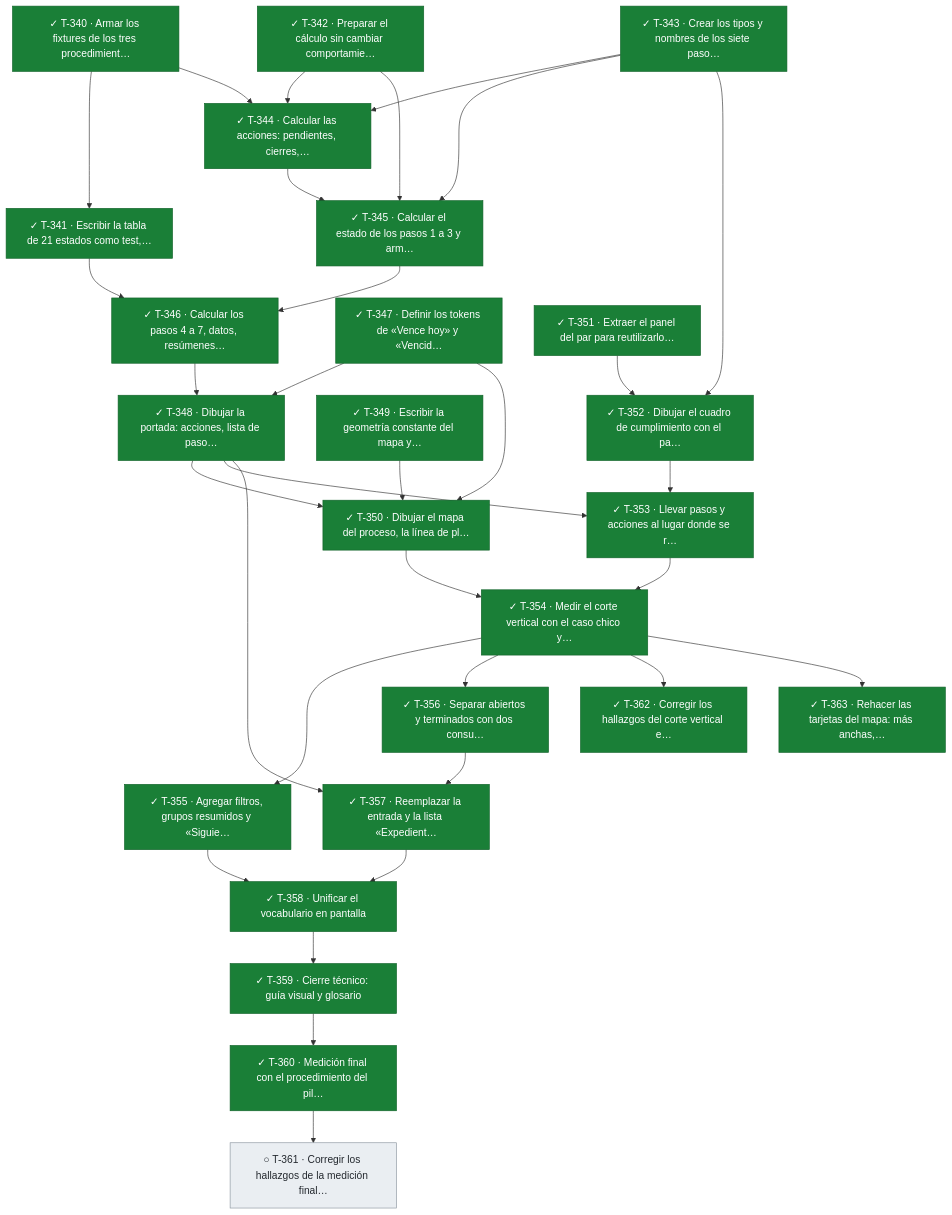
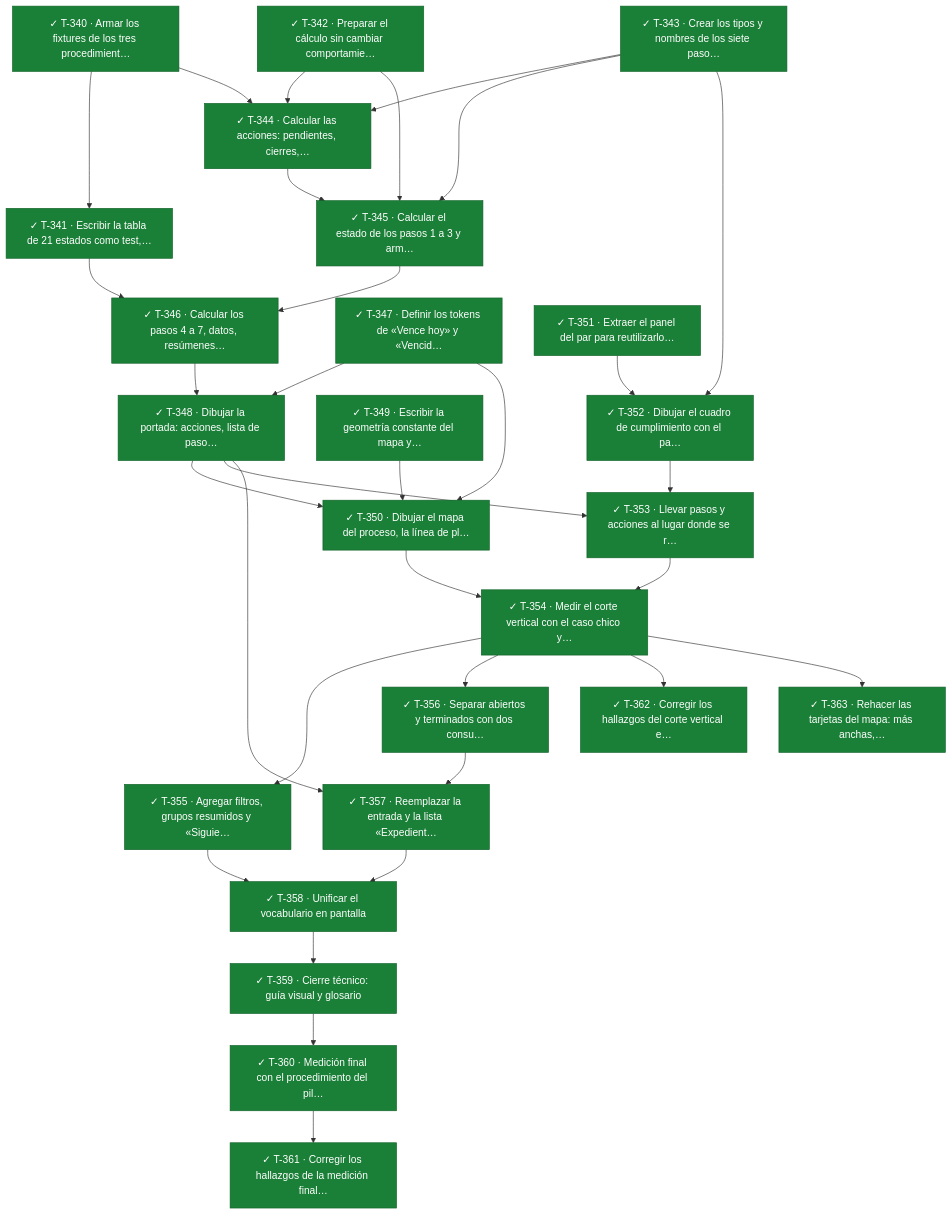
Before and after one commit to snavello/EVALUON: diagram 25 of 25 in docs/tablero.md, drawn with Mermaid. The commit also changed other lines of this file and 1 other file, not shown here.

Commit message:
gestión: T-361 terminada (correcciones de la medición final), tablero

````diff
--- a/docs/tablero.md
+++ b/docs/tablero.md
@@ -1924,63 +1924,63 @@
 ```mermaid
 flowchart TD
   T340["✓ T-340 · Armar los fixtures de los tres procedimient…"]:::done
   T341["✓ T-341 · Escribir la tabla de 21 estados como test,…"]:::done
   T342["✓ T-342 · Preparar el cálculo sin cambiar comportamie…"]:::done
   T343["✓ T-343 · Crear los tipos y nombres de los siete paso…"]:::done
   T344["✓ T-344 · Calcular las acciones: pendientes, cierres,…"]:::done
   T345["✓ T-345 · Calcular el estado de los pasos 1 a 3 y arm…"]:::done
   T346["✓ T-346 · Calcular los pasos 4 a 7, datos, resúmenes…"]:::done
   T347["✓ T-347 · Definir los tokens de «Vence hoy» y «Vencid…"]:::done
   T348["✓ T-348 · Dibujar la portada: acciones, lista de paso…"]:::done
   T349["✓ T-349 · Escribir la geometría constante del mapa y…"]:::done
   T350["✓ T-350 · Dibujar el mapa del proceso, la línea de pl…"]:::done
   T351["✓ T-351 · Extraer el panel del par para reutilizarlo…"]:::done
   T352["✓ T-352 · Dibujar el cuadro de cumplimiento con el pa…"]:::done
   T353["✓ T-353 · Llevar pasos y acciones al lugar donde se r…"]:::done
   T354["✓ T-354 · Medir el corte vertical con el caso chico y…"]:::done
   T355["✓ T-355 · Agregar filtros, grupos resumidos y «Siguie…"]:::done
   T356["✓ T-356 · Separar abiertos y terminados con dos consu…"]:::done
   T357["✓ T-357 · Reemplazar la entrada y la lista «Expedient…"]:::done
   T358["✓ T-358 · Unificar el vocabulario en pantalla"]:::done
   T359["✓ T-359 · Cierre técnico: guía visual y glosario"]:::done
   T360["✓ T-360 · Medición final con el procedimiento del pil…"]:::done
-  T361["○ T-361 · Corregir los hallazgos de la medición final…"]:::todo
+  T361["✓ T-361 · Corregir los hallazgos de la medición final…"]:::done
   T362["✓ T-362 · Corregir los hallazgos del corte vertical e…"]:::done
   T363["✓ T-363 · Rehacer las tarjetas del mapa: más anchas,…"]:::done
   T340 --> T341
   T340 --> T344
   T342 --> T344
   T343 --> T344
   T342 --> T345
   T343 --> T345
   T344 --> T345
   T341 --> T346
   T345 --> T346
   T346 --> T348
   T347 --> T348
   T347 --> T350
   T348 --> T350
   T349 --> T350
   T343 --> T352
   T351 --> T352
   T348 --> T353
   T352 --> T353
   T350 --> T354
   T353 --> T354
   T354 --> T355
   T354 --> T356
   T348 --> T357
   T356 --> T357
   T355 --> T358
   T357 --> T358
   T358 --> T359
   T359 --> T360
   T360 --> T361
   T354 --> T362
   T354 --> T363
   classDef done fill:#1a7f37,stroke:#116329,color:#ffffff
   classDef review fill:#0969da,stroke:#0550ae,color:#ffffff
   classDef active fill:#bf8700,stroke:#7d4e00,color:#ffffff
   classDef blocked fill:#cf222e,stroke:#a40e26,color:#ffffff
   classDef todo fill:#eaeef2,stroke:#8c959f,color:#24292f
 ```
````
